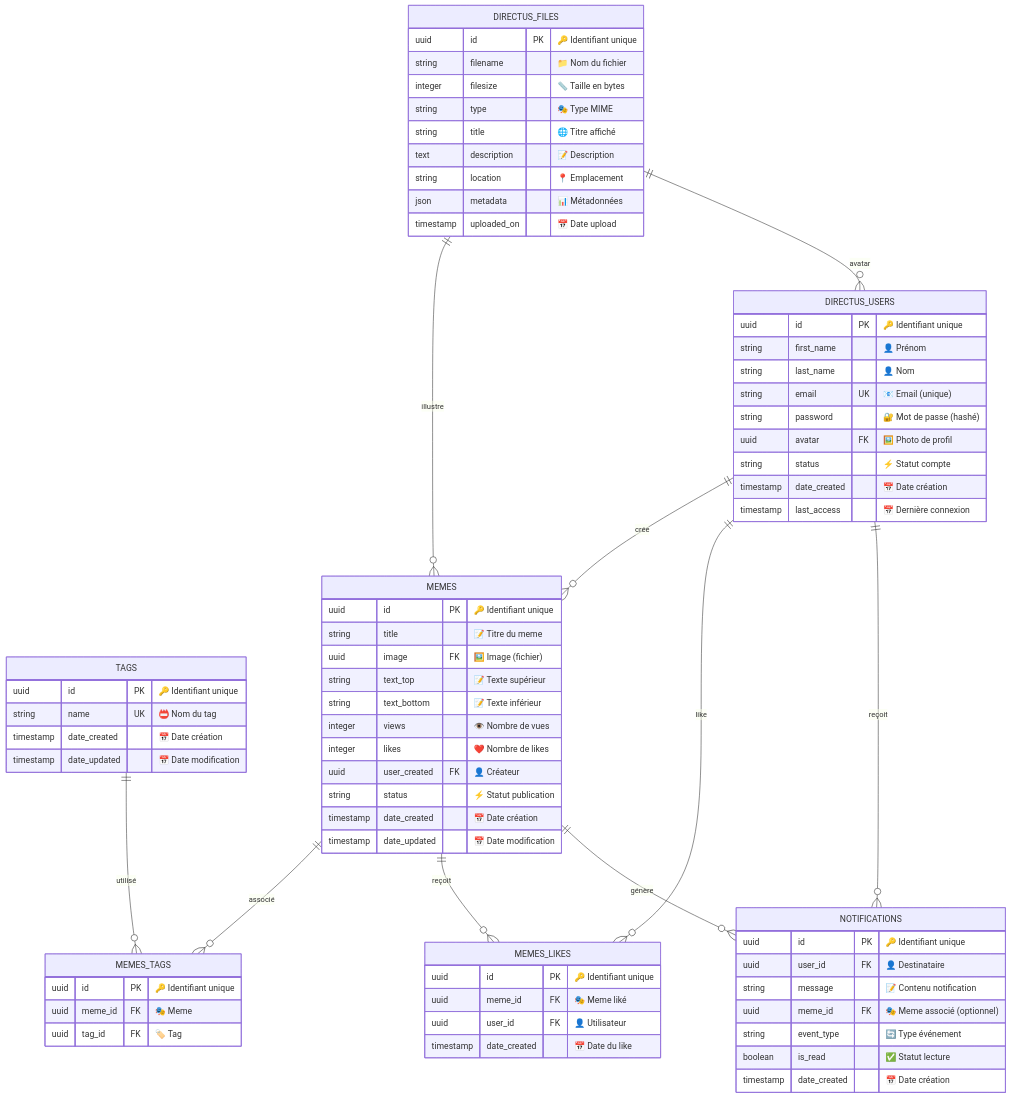
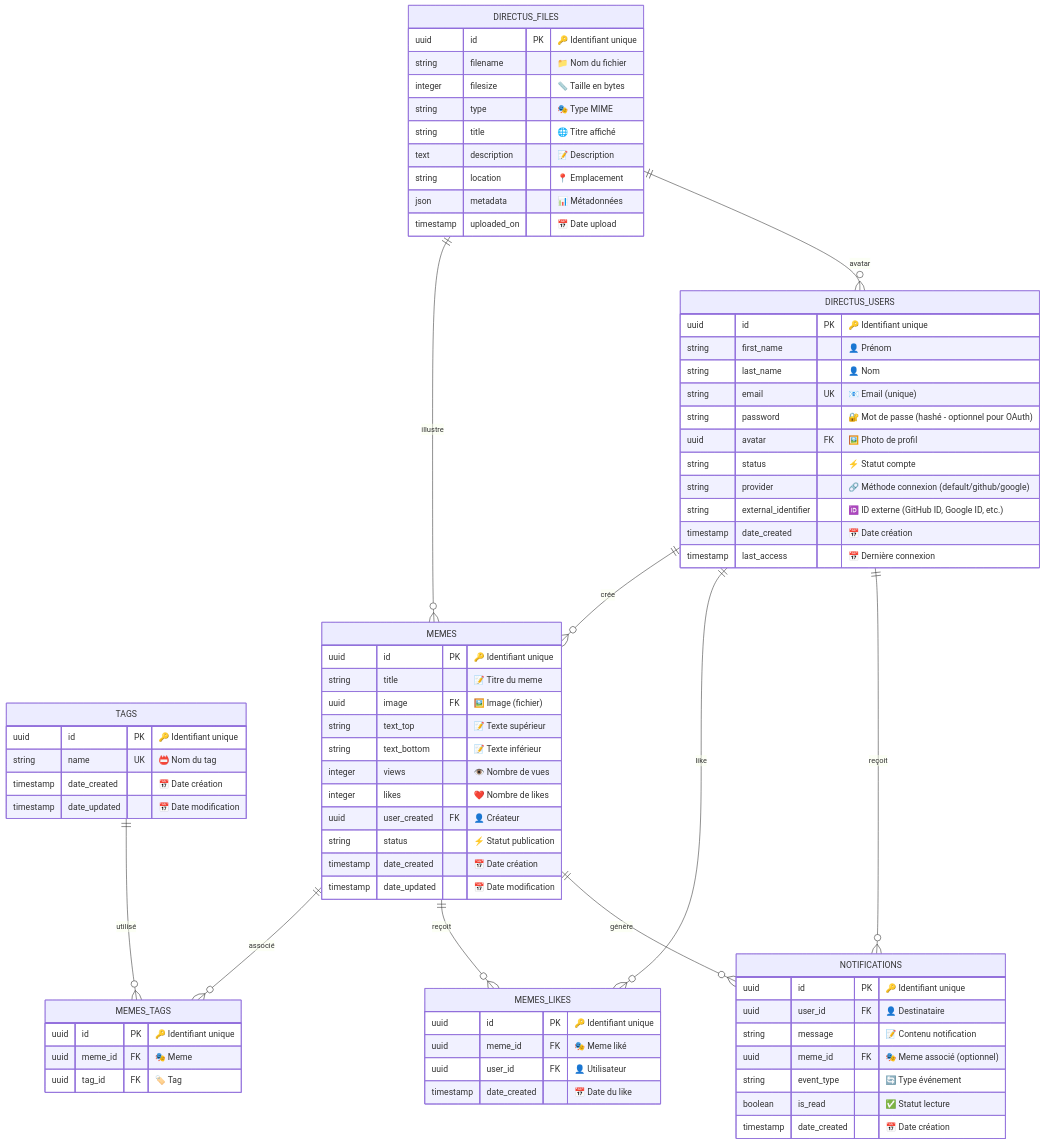
One commit to DamienMarill/cours_strapi_angular changed the diagram in doc/tutoriel-directus-meme-manager.md. Above: the diagram before and after it, drawn with Mermaid. The commit also changed other lines of this file, not shown here.

```diff
--- a/doc/tutoriel-directus-meme-manager.md
+++ b/doc/tutoriel-directus-meme-manager.md
@@ -80,9 +80,11 @@
         string first_name "👤 Prénom"
         string last_name "👤 Nom"
         string email UK "📧 Email (unique)"
-        string password "🔐 Mot de passe (hashé)"
+        string password "🔐 Mot de passe (hashé - optionnel pour OAuth)"
         uuid avatar FK "🖼️ Photo de profil"
         string status "⚡ Statut compte"
+        string provider "🔗 Méthode connexion (default/github/google)"
+        string external_identifier "🆔 ID externe (GitHub ID, Google ID, etc.)"
         timestamp date_created "📅 Date création"
         timestamp last_access "📅 Dernière connexion"
     }
```
